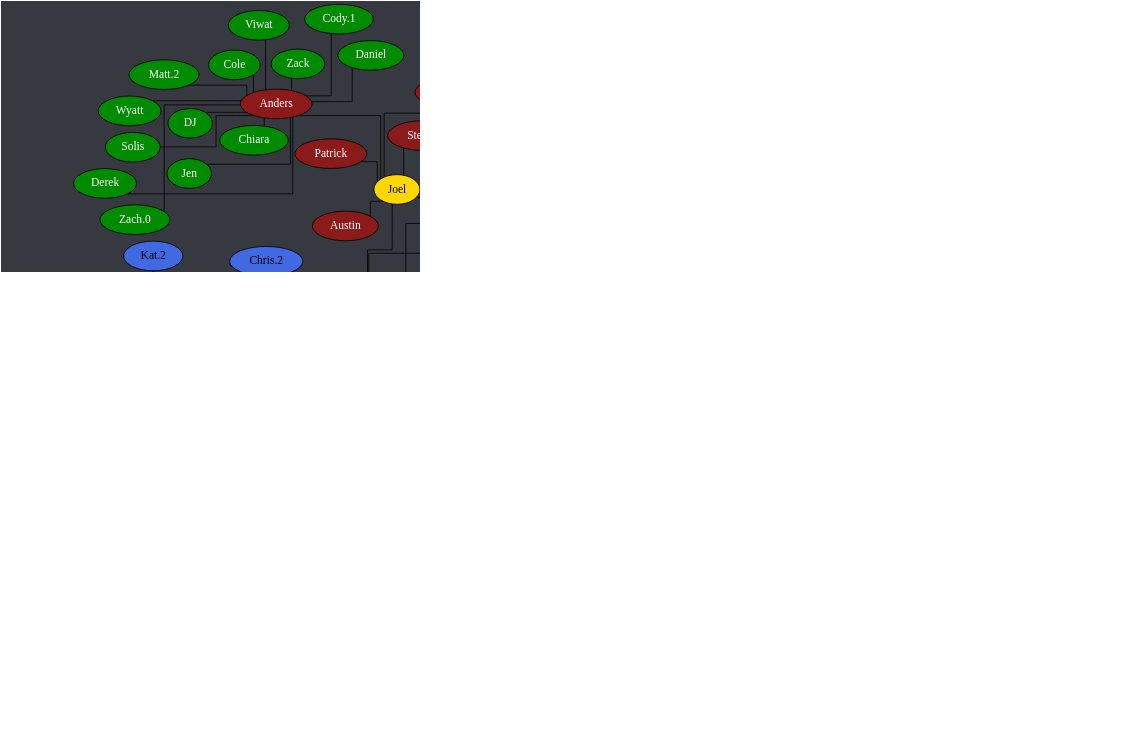
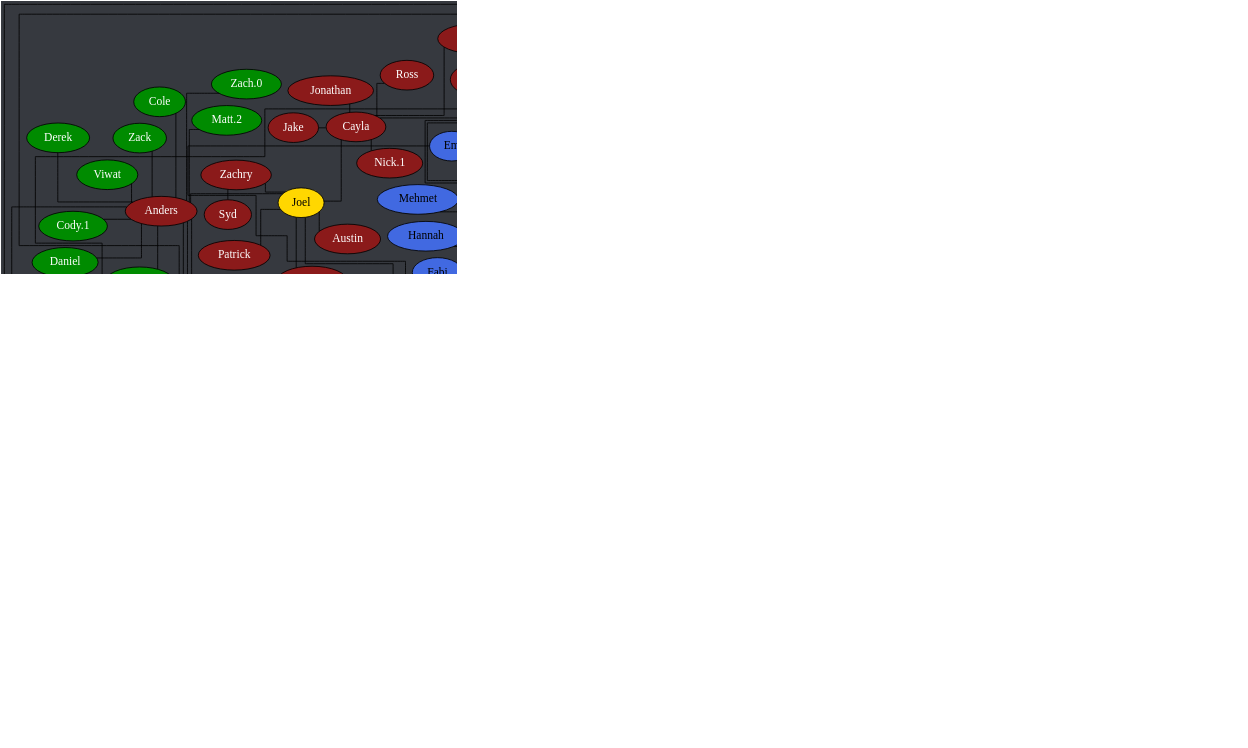
Before and after one commit to Documidas/CoronaCatzFamilyTree: the diagram in tree.dot, drawn with Graphviz. The commit also changed 1 other file, not shown here.

Commit message:
Add Thomas the Second, Eli

```diff
--- a/tree.dot
+++ b/tree.dot
@@ -1,191 +1,193 @@
 strict graph {
 	// Layout Configuration
 	layout = neato;
 	dpi = 200;
 	epsilon = 0.01;
 	mode = major;
 	model = subset;
 	overlap = false;
 	splines = ortho;
 	start = rand;
 
 	// Visual Configuration
 	graph [ truecolor=true bgcolor="#36393f" ];
 	node [ style=filled fillcolor="gray" fontcolor="black" ];
 
 	subgraph "Joel" {
 		node [ style=filled fillcolor="firebrick4" fontcolor="white" ];
 		Joel [ style=filled fillcolor="gold" fontcolor="black" ];
 
 		Cayla -- Ali;
 		Cayla -- Jake;
 		Cayla -- Jonathan;
 		Cayla -- "Nick.1";
 		Cayla -- Ranger;
 		Cayla -- Ross;
 		Joel -- Anders;
 		Joel -- Austin;
 		Joel -- Cayla;
 		Joel -- Jared;
 		Joel -- Patrick;
 		Joel -- Steven;
 		Joel -- Zachry;
 		Zachry -- Syd;
 	}
 
 	subgraph "Anders" {
 		node [ style=filled fillcolor="green4" fontcolor="white" ];
 		// Anders [ style=filled fillcolor="green4" fontcolor="white" ];
 
 		Anders -- Chiara;
 		Anders -- "Cody.1";
 		Anders -- Cole;
 		Anders -- Daniel;
 		Anders -- Derek;
 		Anders -- DJ;
 		Anders -- Jen;
 		Anders -- "Matt.2";
 		Anders -- Solis;
 		Anders -- Wyatt;
 		Anders -- Viwat;
 		Anders -- "Zach.0";
 		Anders -- Zack;
 	}
 
 	subgraph "Jared" {
 		node [ style=filled fillcolor="royalblue" fontcolor="black" ];
 		// Jared [ style=filled fillcolor="royalblue" fontcolor="black" ];
 
 		Aly -- "Nick.2";
 		America -- "Kat.2";
 		Brandi -- Justine;
 		"Bryan.1" -- "Brandon.2";
 		"Bryan.1" -- "Cody.2";
 		"Bryan.1" -- Lori;
 		"Bryan.1" -- "Matt.3";
 		"Bryan.1" -- Nebtune;
 		Donnie -- Aiyo;
 		Donnie -- "Alex.2";
 		Donnie -- Aresty;
 		Donnie -- "Bryan.1";
 		Donnie -- Hua;
 		Donnie -- Mello;
 		Donnie -- Mia;
 		Donnie -- Mimi;
 		Donnie -- Moon;
 		Donnie -- "Nick.2";
 		Donnie -- Naomi;
 		Donnie -- Serge;
 		Donnie -- Saphir;
 		Donnie -- Vala;
 		Gaby -- "Chris.2";
 		Lori -- "Brandon.1";
 		Jared -- Alexander;
 		Jared -- Ben;
 		Jared -- Brandi;
 		Jared -- "Carter-1.0";
 		Jared -- Chad;
 		Jared -- Dave;
 		Jared -- Donnie;
 		Jared -- Em;
 		Jared -- Fabi;
 		Jared -- Frank;
 		Jared -- Hannah;
 		Jared -- "John Boi";
 		Jared -- "Josh.2";
 		Jared -- Mason;
 		Jared -- "Matt.1";
 		Jared -- Mehmet;
 		Jared -- Nam;
 		Jared -- Pixie;
 		Jared -- Spencer;
 		Jared -- Steff;
 		Jared -- Tyler;
 		Jared -- "Zach/Laniakea";
 		Jared -- Zoe;
 		"John Boi" -- Hardie;
 		Mimi -- Hia;
 		Moon -- "Brandon.3";
 		Steff -- JC;
 		Tyler -- Aly;
 		Tyler -- "Alex.3";
 		Tyler -- America;
 		Tyler -- "Bryan.2";
 		Tyler -- Gaby;
 		Zoe -- Aiden;
 		Zoe -- Simon;
 	}
 
 	subgraph "Zach/Laniakea" {
 		node [ style=filled fillcolor="#4eff2c" fontcolor="black" ];
 		// "Zach/Laniakea" [ style=filled fillcolor="#4eff2c" fontcolor="black" ];
 
 		"Caio.2" -- "Kyle.1";
 		"Caio.2" -- Lucas;
 		"Ryan/Des" -- Marcus;
 		"Zach/Laniakea" -- "Caio.2";
 		"Zach/Laniakea" -- John;
 		"Zach/Laniakea" -- "Logan.1";
 		"Zach/Laniakea" -- Kevin;
 		"Zach/Laniakea" -- Kody;
 		"Zach/Laniakea" -- "Kyle.0";
 		"Zach/Laniakea" -- Mike;
 		"Zach/Laniakea" -- "Ryan/Des";
 		"Zach/Laniakea" -- "Ryan/Winters";
 		"Ryan/Winters" -- "Zach.1";
 	}
 
 	subgraph "John" {
 		node [ style=filled fillcolor="#c89b3c" fontcolor="black" ];
 		// John [ style=filled fillcolor="#c89b3c" fontcolor="black" ];
 
 		"Logan.2" -- Tommy;
 		Jay -- "Logan.2";
 		John -- Anna;
 		John -- Emily;
 		John -- Haber;
 		John -- Jay;
 		John -- "Jack.1";
 		John -- Lara;
 		John -- "Thomas.1";
 	}
 
 	subgraph "Thomas.1" {
 		node [ style=filled fillcolor="#b04900" fontcolor="black" ];
 		// "Thomas.1" [ style=filled fillcolor="#b04900" fontcolor="black" ];
 
 		"Da'Von" -- Dalton;
 		"Da'Von" -- Jon;
 		"Da'Von" -- Karma;
 		"Da'Von" -- Zeller;
 		Dalton -- "Carter.2";
 		"Thomas.1" -- Alex;
 		"Thomas.1" -- Christian;
 		"Thomas.1" -- "Da'Von";
 		"Thomas.1" -- Dre;
 		"Thomas.1" -- "Josh.1";
 		"Thomas.1" -- "Tony.1";
 	}
 
 	subgraph "Alex" {
 		node [ style=filled fillcolor="#6f2da8" fontcolor="white" ];
 		// Alex [ style=filled fillcolor="#6f2da8" fontcolor="black" ];
 
 		Alex -- "Alex/Blitt";
 		Alex -- Sam;
 		"Alex/Blitt" -- Brian;
 		"Alex/Blitt" -- "Chris.1";
 		"Alex/Blitt" -- Dan;
 		"Alex/Blitt" -- Gabriel;
 		"Alex/Blitt" -- Joey;
 		"Alex/Blitt" -- "Kyle.3";
 		"Alex/Blitt" -- Mikael;
 		"Alex/Blitt" -- Nathan;
 		"Alex/Blitt" -- Nolan;
 		"Alex/Blitt" -- "Ryan.1";
+		"Alex/Blitt" -- "Thomas the Second";
 		Gabriel -- Rin;
 		Gabriel -- "Ryan.2";
 		Rin -- Olivia;
 		"Ryan.1" -- David;
+		"Thomas the Second" -- Eli;
 	}
 }
```
